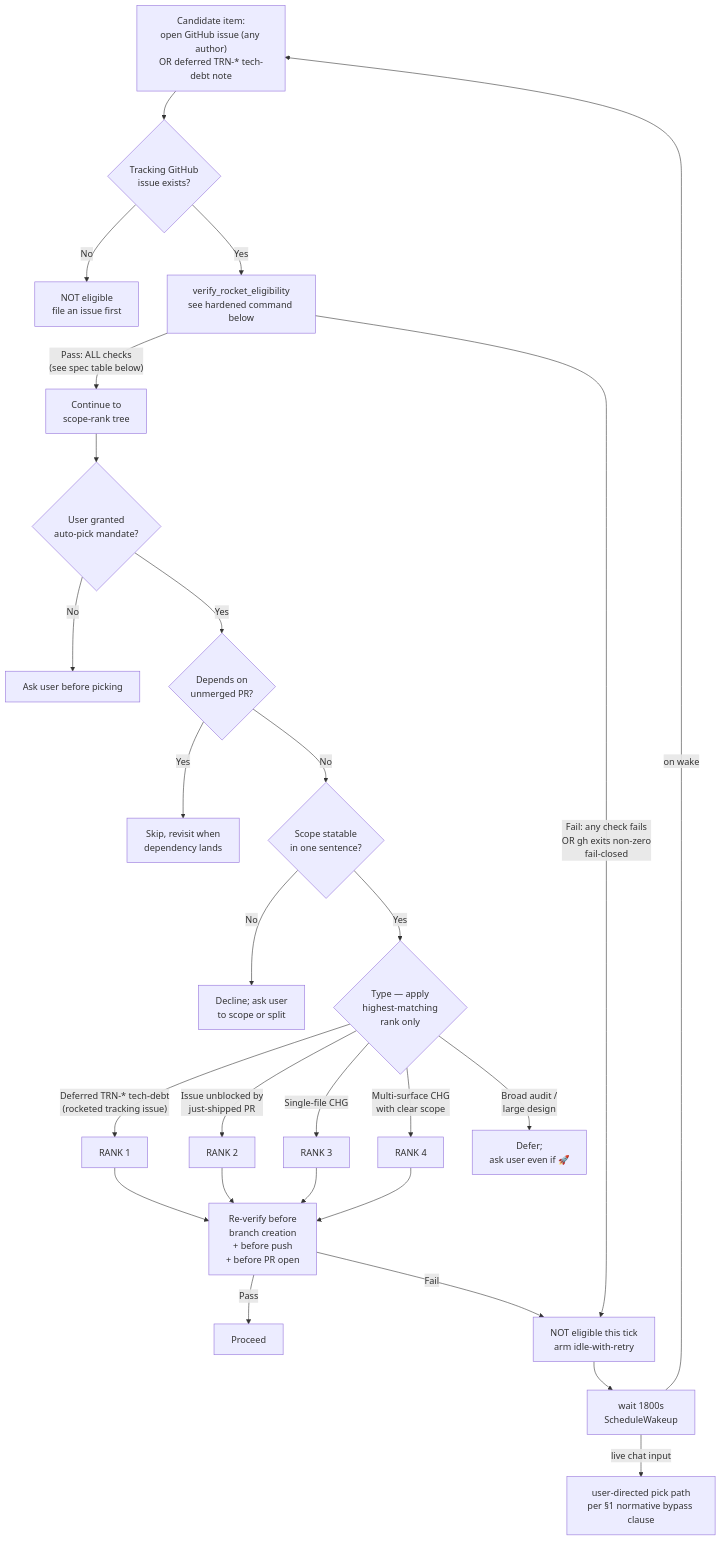
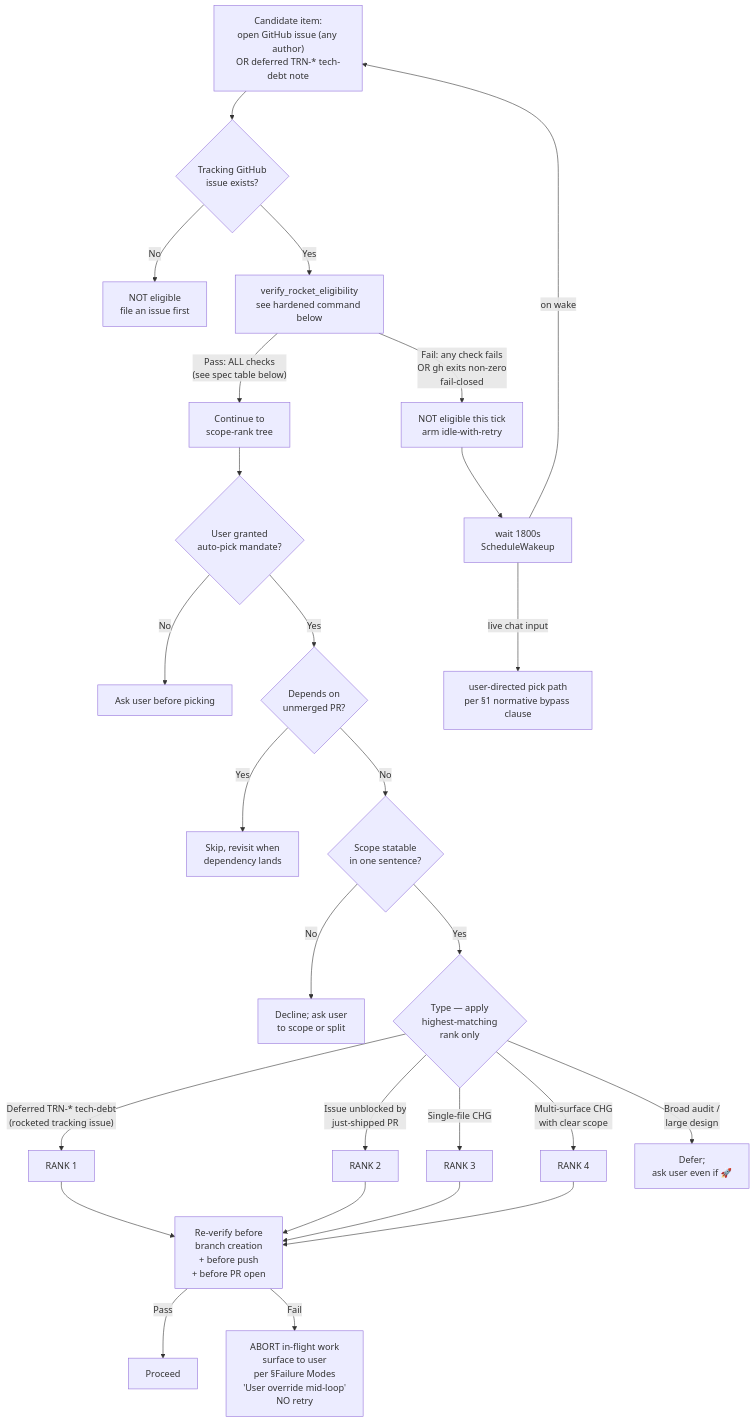
The first of 6 diagrams in rules/TRN-1008-SOP-Multi-Agent-Review-Loop.md (frankyxhl/trinity), drawn with Mermaid before and after one commit. The commit also changed other lines of this file, not shown here.

First line of the commit message:
TRN-3030 R2: split RV-fail from initial-scan-idle (codex-bot P2)

````diff
--- a/rules/TRN-1008-SOP-Multi-Agent-Review-Loop.md
+++ b/rules/TRN-1008-SOP-Multi-Agent-Review-Loop.md
@@ -104,29 +104,29 @@
 ```mermaid
 flowchart TD
     A["Candidate item:<br/>open GitHub issue (any author)<br/>OR deferred TRN-* tech-debt note"] --> G1{Tracking GitHub<br/>issue exists?}
     G1 -- No --> Z_GATE_A[NOT eligible<br/>file an issue first]
     G1 -- Yes --> V[verify_rocket_eligibility<br/>see hardened command below]
     V -- Pass: ALL checks<br/>(see spec table below) --> SCOPE[Continue to<br/>scope-rank tree]
     V -- Fail: any check fails<br/>OR gh exits non-zero<br/>fail-closed --> Z_GATE_B[NOT eligible this tick<br/>arm idle-with-retry]
     SCOPE --> B{User granted<br/>auto-pick mandate?}
     B -- No --> Z1[Ask user before picking]
     B -- Yes --> C{Depends on<br/>unmerged PR?}
     C -- Yes --> Z2[Skip, revisit when<br/>dependency lands]
     C -- No --> D{Scope statable<br/>in one sentence?}
     D -- No --> Z3[Decline; ask user<br/>to scope or split]
     D -- Yes --> E{Type — apply<br/>highest-matching<br/>rank only}
     E -- Deferred TRN-* tech-debt<br/>(rocketed tracking issue) --> R1[RANK 1]
     E -- Issue unblocked by<br/>just-shipped PR --> R2[RANK 2]
     E -- Single-file CHG --> R3[RANK 3]
     E -- Multi-surface CHG<br/>with clear scope --> R4[RANK 4]
     E -- Broad audit /<br/>large design --> Z4[Defer;<br/>ask user even if 🚀]
     R1 --> RV[Re-verify before<br/>branch creation<br/>+ before push<br/>+ before PR open]
     R2 --> RV
     R3 --> RV
     R4 --> RV
     RV -- Pass --> EXEC[Proceed]
-    RV -- Fail --> Z_GATE_B
+    RV -- Fail --> RV_FAIL[ABORT in-flight work<br/>surface to user<br/>per §Failure Modes<br/>'User override mid-loop'<br/>NO retry]
     Z_GATE_B --> WAIT[wait 1800s<br/>ScheduleWakeup]
     WAIT -- on wake --> A
     WAIT -- live chat input --> USER_PICK[user-directed pick path<br/>per §1 normative bypass clause]
 ```
````
